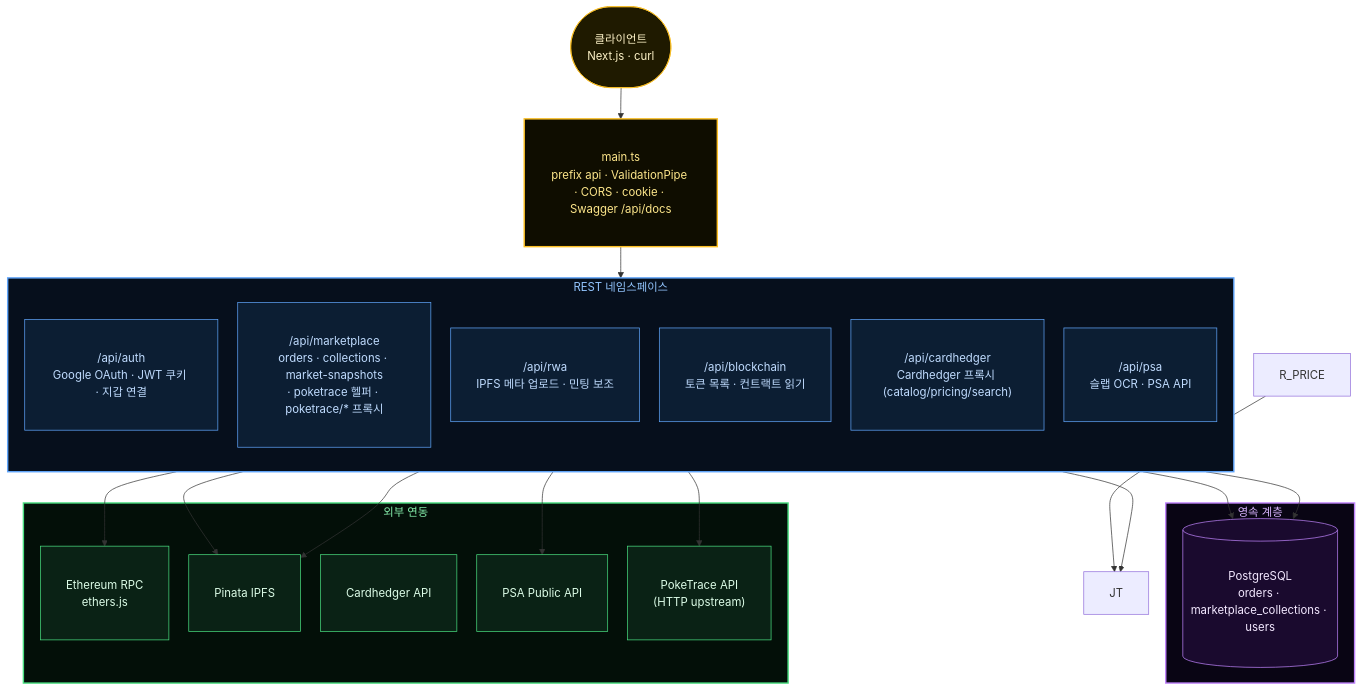
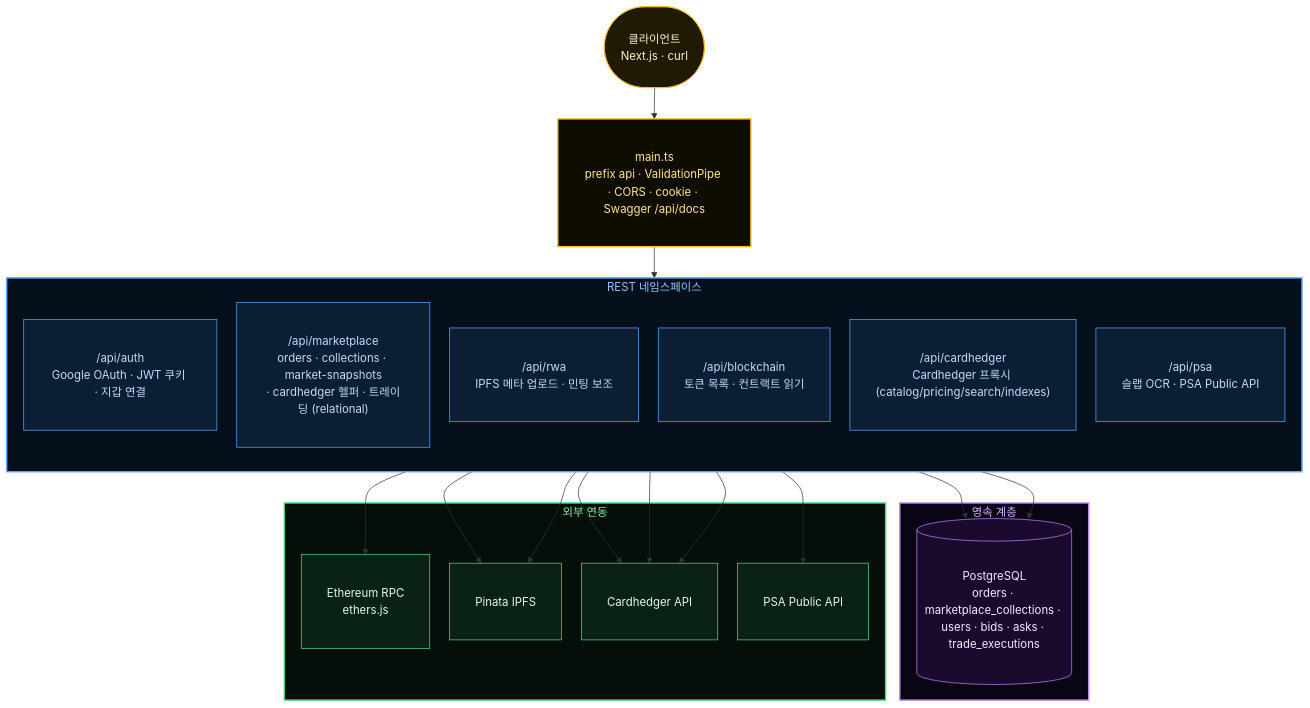
One commit to tokenable-dev/tokenable-dev changed the ninth of 11 diagrams in docs/diagrams/marketplace-lifecycle.md. Above: the diagram before and after it, drawn with Mermaid. The commit also changed other lines of this file and 180 other files, not shown here.

````diff
--- a/docs/diagrams/marketplace-lifecycle.md
+++ b/docs/diagrams/marketplace-lifecycle.md
@@ -658,51 +658,50 @@
 ```mermaid
 %%{init: {'flowchart': {'rankSpacing': 44, 'nodeSpacing': 28, 'padding': 18}}}%%
 flowchart TD
     classDef entry fill:#1f1a00,stroke:#fbbf24,color:#fef3c7,padding:8px 14px
     classDef route fill:#0c1e33,stroke:#60a5fa,color:#bfdbfe,padding:8px 14px
     classDef data  fill:#1a0a2e,stroke:#c084fc,color:#f3e8ff,padding:8px 14px
     classDef ext   fill:#0a2215,stroke:#4ade80,color:#dcfce7,padding:8px 14px
 
     CLIENT(["클라이언트<br/>Next.js · curl"]):::entry
 
     GATE["main.ts<br/>prefix api · ValidationPipe · CORS · cookie · Swagger /api/docs"]:::entry
 
     subgraph REST ["REST 네임스페이스"]
         direction TB
         R_AUTH["/api/auth<br/>Google OAuth · JWT 쿠키 · 지갑 연결"]:::route
-        R_MKT["/api/marketplace<br/>orders · collections · market-snapshots<br/>· poketrace 헬퍼 · poketrace/* 프록시"]:::route
+        R_MKT["/api/marketplace<br/>orders · collections · market-snapshots<br/>· cardhedger 헬퍼 · 트레이딩 (relational)"]:::route
         R_RWA["/api/rwa<br/>IPFS 메타 업로드 · 민팅 보조"]:::route
         R_BC["/api/blockchain<br/>토큰 목록 · 컨트랙트 읽기"]:::route
-        R_CH["/api/cardhedger<br/>Cardhedger 프록시 (catalog/pricing/search)"]:::route
-        R_PSA["/api/psa<br/>슬랩 OCR · PSA API"]:::route
+        R_CH["/api/cardhedger<br/>Cardhedger 프록시 (catalog/pricing/search/indexes)"]:::route
+        R_PSA["/api/psa<br/>슬랩 OCR · PSA Public API"]:::route
     end
 
     subgraph PERSIST ["영속 계층"]
-        PG[("PostgreSQL<br/>orders · marketplace_collections · users")]:::data
+        PG[("PostgreSQL<br/>orders · marketplace_collections · users · bids · asks · trade_executions")]:::data
     end
 
     subgraph OUT ["외부 연동"]
         ETH["Ethereum RPC<br/>ethers.js"]:::ext
         PIN["Pinata IPFS"]:::ext
         CH["Cardhedger API"]:::ext
         PSAHTTP["PSA Public API"]:::ext
-        PTR["PokeTrace API<br/>(HTTP upstream)"]:::ext
     end
 
     CLIENT --> GATE
     GATE --> REST
     R_MKT --> PG
-    R_MKT --> PTR
+    R_MKT --> CH
     R_AUTH --> PG
     R_RWA --> PIN
     R_BC --> ETH
-    R_PRICE --> JT
+    R_CH --> CH
     R_PSA --> PIN
-    R_PSA --> JT
+    R_PSA --> CH
     R_PSA --> PSAHTTP
 
     style GATE fill:#0f0d00,stroke:#fbbf24,stroke-width:2px,color:#fde68a
     style REST fill:#060f1c,stroke:#60a5fa,stroke-width:2px,color:#93c5fd
     style PERSIST fill:#090514,stroke:#c084fc,stroke-width:2px,color:#d8b4fe
     style OUT fill:#030f08,stroke:#4ade80,stroke-width:2px,color:#86efac
 ```
````
